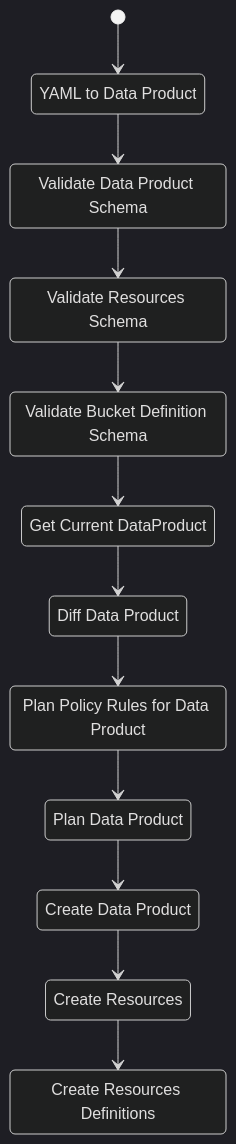
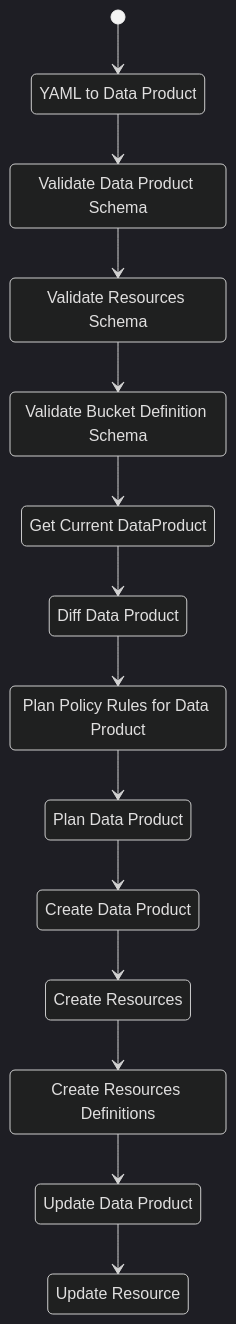
One commit to fabiangftech/catamesh changed the diagram in docs/en/diagrams/apply.data-product.mmd. Above: the diagram before and after it, drawn with Mermaid (dark theme). The commit also changed 2 other files, not shown here.

Commit message:
feature: add update resource in chain

```diff
--- a/docs/en/diagrams/apply.data-product.mmd
+++ b/docs/en/diagrams/apply.data-product.mmd
@@ -1,24 +1,28 @@
 stateDiagram-v2
     yamlToDataProduct : YAML to Data Product
     validateDataProductSchema: Validate Data Product Schema
     validateResourceSchema: Validate Resources Schema
     validateBucketDefinitionSchema: Validate Bucket Definition Schema
     diffDataProductHandler: Diff Data Product
     loadCurrentDataProductForDiff: Get Current DataProduct
     planDataProductPolicyRule: Plan Policy Rules for Data Product
     planDataProduct: Plan Data Product
     createDataProduct: Create Data Product
     createResources: Create Resources
     createResourcesDefinitions: Create Resources Definitions
+    updateDataProduct: Update Data Product
+    updateResource: Update Resource
 
     [*] --> yamlToDataProduct
     yamlToDataProduct --> validateDataProductSchema
     validateDataProductSchema --> validateResourceSchema
     validateResourceSchema --> validateBucketDefinitionSchema
     validateBucketDefinitionSchema --> loadCurrentDataProductForDiff
     loadCurrentDataProductForDiff --> diffDataProductHandler
     diffDataProductHandler --> planDataProductPolicyRule
     planDataProductPolicyRule --> planDataProduct
     planDataProduct --> createDataProduct
     createDataProduct --> createResources
     createResources --> createResourcesDefinitions
+    createResourcesDefinitions --> updateDataProduct
+    updateDataProduct --> updateResource
```
